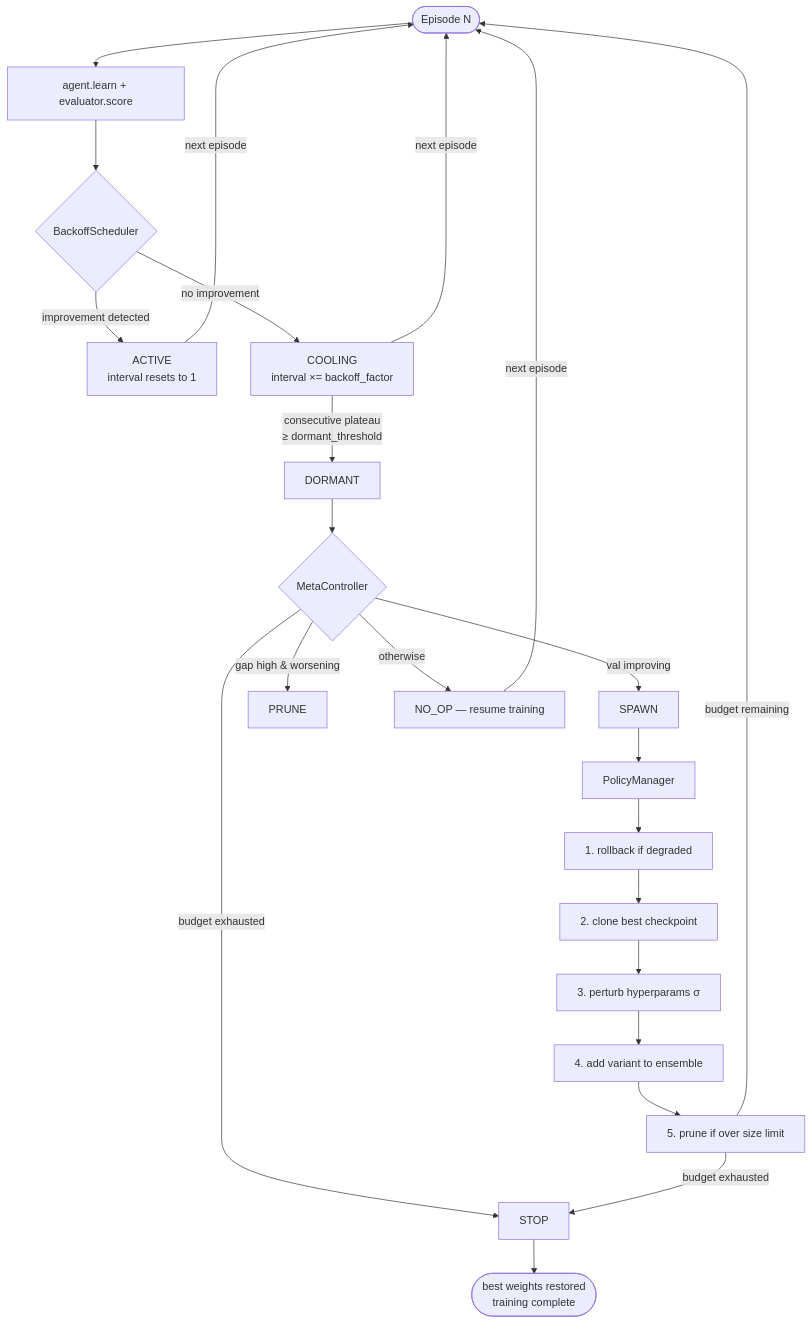
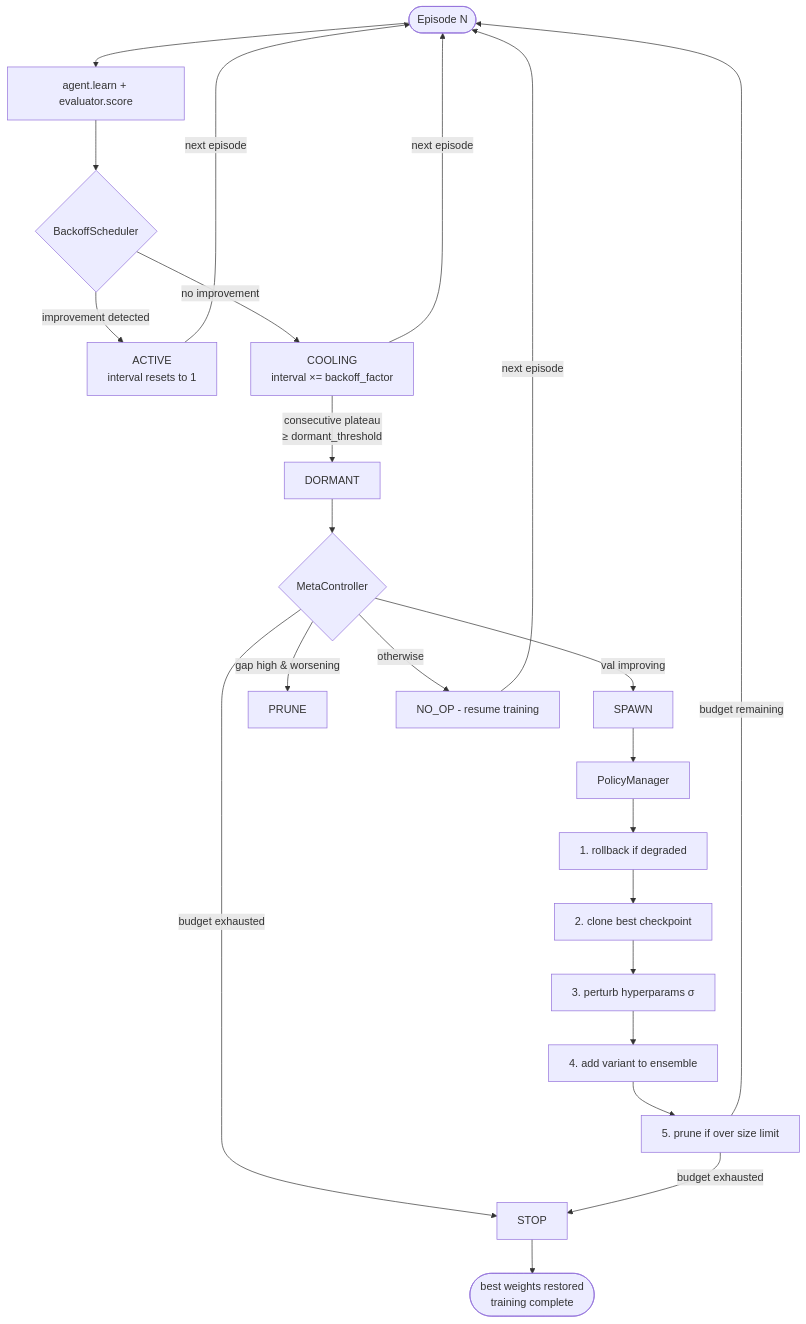
Before and after one commit to sup3rus3r/tensor-optix: the second of 2 diagrams in README.md, drawn with Mermaid. The commit also changed other lines of this file and 20 other files, not shown here.

````diff
--- a/README.md
+++ b/README.md
@@ -906,30 +909,30 @@
 ```mermaid
 flowchart TD
     A([Episode N]) --> B[agent.learn + evaluator.score]
     B --> C{BackoffScheduler}
 
     C -->|improvement detected| D[ACTIVE\ninterval resets to 1]
     C -->|no improvement| E[COOLING\ninterval ×= backoff_factor]
     E -->|consecutive plateau\n≥ dormant_threshold| F[DORMANT]
 
     D -->|next episode| A
     E -->|next episode| A
 
     F --> G{MetaController}
     G -->|val improving| H[SPAWN]
     G -->|gap high & worsening| I[PRUNE]
     G -->|budget exhausted| J[STOP]
-    G -->|otherwise| K[NO_OP — resume training]
+    G -->|otherwise| K[NO_OP  -  resume training]
     K -->|next episode| A
 
     H --> L[PolicyManager]
     L --> L1[1. rollback if degraded]
     L1 --> L2[2. clone best checkpoint]
     L2 --> L3[3. perturb hyperparams σ]
     L3 --> L4[4. add variant to ensemble]
     L4 --> L5[5. prune if over size limit]
     L5 -->|budget remaining| A
     L5 -->|budget exhausted| J
 
     J --> M([best weights restored\ntraining complete])
 ```
````
